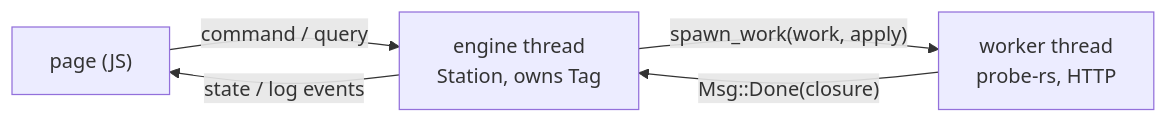
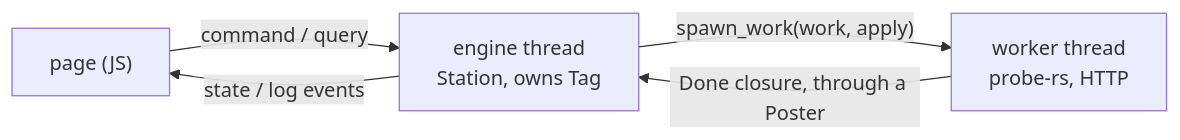
The diagram in host/design/tutorial/14-the-three-applications.md (tag-designs/software), drawn with Mermaid before and after one commit. The commit also changed other lines of this file and 27 other files, not shown here.

````diff
--- a/host/design/tutorial/14-the-three-applications.md
+++ b/host/design/tutorial/14-the-three-applications.md
@@ -68,7 +68,7 @@
 ```mermaid
 flowchart LR
   page["page (JS)"] -- "command / query" --> eng["engine thread<br/>Station, owns Tag"]
   eng -- "spawn_work(work, apply)" --> w["worker thread<br/>probe-rs, HTTP"]
-  w -- "Msg::Done(closure)" --> eng
+  w -- "Done closure, through a Poster" --> eng
   eng -- "state / log events" --> page
 ```
````
